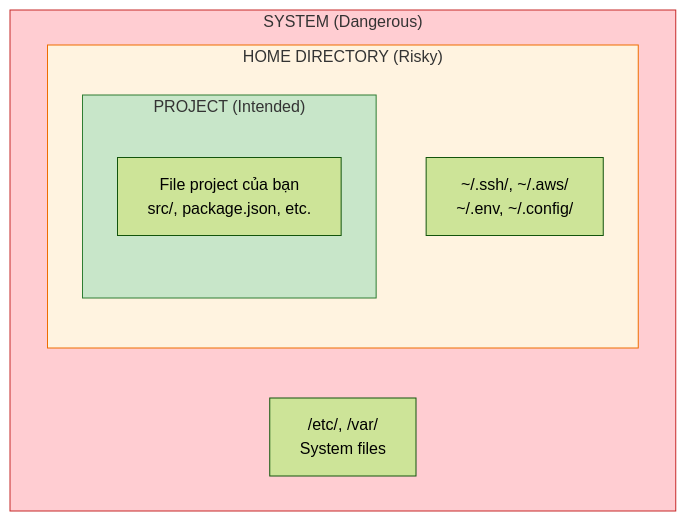
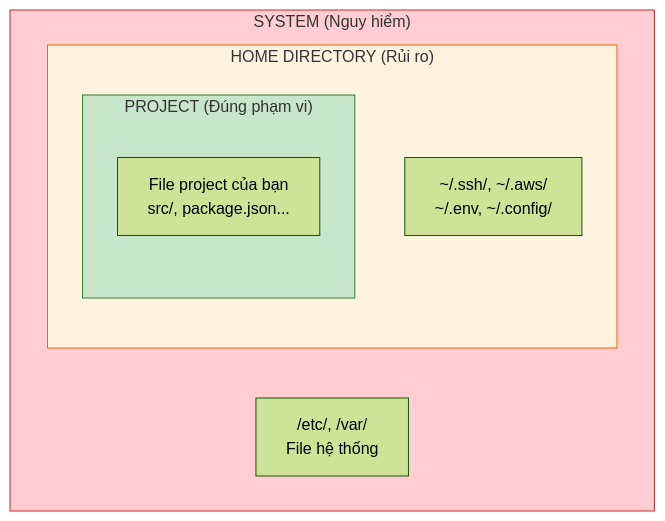
One commit to ShipWithAI/claude-code-mastery changed the diagram in src/content/docs/vi/claude-code/phase-02-security/01-threat-model.md. Above: the diagram before and after it, drawn with Mermaid (forest theme). The commit also changed other lines of this file and 1 other file, not shown here.

````diff
--- a/src/content/docs/vi/claude-code/phase-02-security/01-threat-model.md
+++ b/src/content/docs/vi/claude-code/phase-02-security/01-threat-model.md
@@ -70,16 +48,15 @@
 ```mermaid
 graph TD
-    subgraph OUTER["SYSTEM (Dangerous)"]
-        subgraph MIDDLE["HOME DIRECTORY (Risky)"]
-            subgraph INNER["PROJECT (Intended)"]
-                A["File project của bạn<br/>src/, package.json, etc."]
+    subgraph OUTER["SYSTEM (Nguy hiểm)"]
+        subgraph MIDDLE["HOME DIRECTORY (Rủi ro)"]
+            subgraph INNER["PROJECT (Đúng phạm vi)"]
+                A["File project của bạn<br/>src/, package.json..."]
             end
             B["~/.ssh/, ~/.aws/<br/>~/.env, ~/.config/"]
         end
-        C["/etc/, /var/<br/>System files"]
+        C["/etc/, /var/<br/>File hệ thống"]
     end
-
     style INNER fill:#c8e6c9,stroke:#2e7d32
     style MIDDLE fill:#fff3e0,stroke:#ef6c00
     style OUTER fill:#ffcdd2,stroke:#c62828
 ```
````
